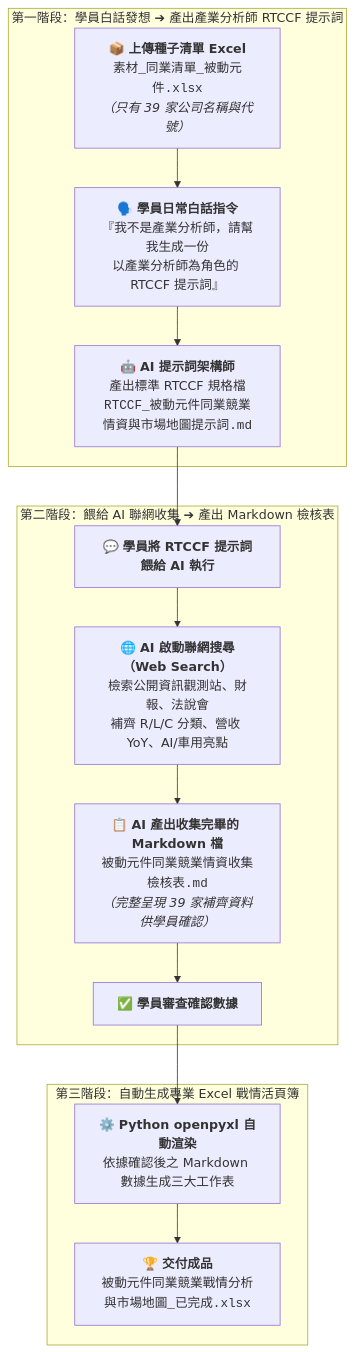
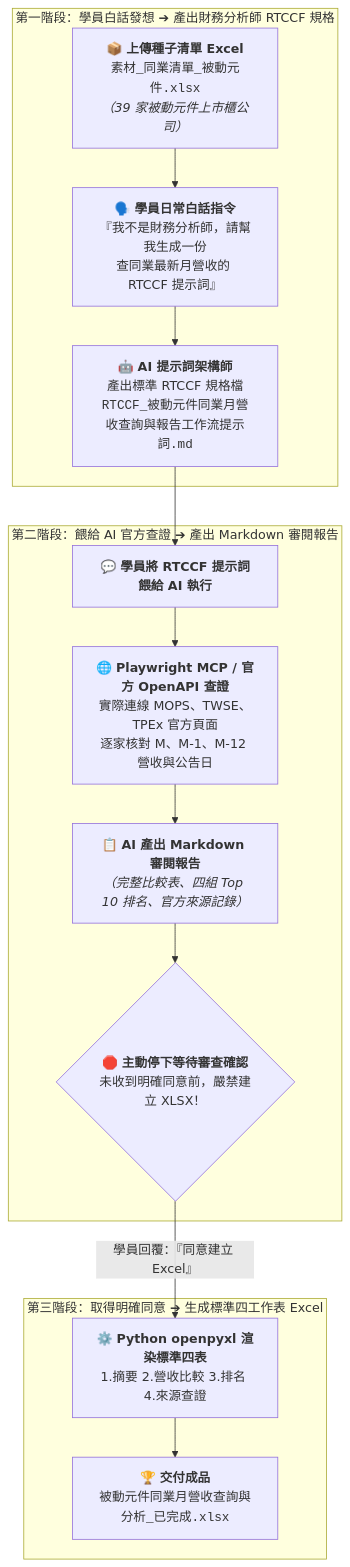
The diagram in 常見的AI應用/實戰範例/電子同業競業情資矩陣與市場地圖自動化/9-1_白話自然語言發想提示詞.md (roberthsu2003/workflow-productivity), drawn with Mermaid before and after one commit. The commit also changed other lines of this file and 9 other files, not shown here.

````diff
--- a/常見的AI應用/實戰範例/電子同業競業情資矩陣與市場地圖自動化/9-1_白話自然語言發想提示詞.md
+++ b/常見的AI應用/實戰範例/電子同業競業情資矩陣與市場地圖自動化/9-1_白話自然語言發想提示詞.md
@@ -13,19 +14,19 @@
 ```mermaid
 flowchart TD
-    subgraph Step1 ["第一階段：學員白話發想 ➔ 產出產業分析師 RTCCF 提示詞"]
-        UserFile["📦 <b>上傳種子清單 Excel</b><br/><code>素材_同業清單_被動元件.xlsx</code><br/><i>（只有 39 家公司名稱與代號）</i>"] --> UserChat["🗣️ <b>學員日常白話指令</b><br/>『我不是產業分析師，請幫我生成一份<br/>以產業分析師為角色的 RTCCF 提示詞』"]
-        UserChat --> AIGenRTCCF["🤖 <b>AI 提示詞架構師</b><br/>產出標準 RTCCF 規格檔<br/><code>RTCCF_被動元件同業競業情資與市場地圖提示詞.md</code>"]
+    subgraph Step1 ["第一階段：學員白話發想 ➔ 產出財務分析師 RTCCF 規格"]
+        UserFile["📦 <b>上傳種子清單 Excel</b><br/><code>素材_同業清單_被動元件.xlsx</code><br/><i>（39 家被動元件上市櫃公司）</i>"] --> UserChat["🗣️ <b>學員日常白話指令</b><br/>『我不是財務分析師，請幫我生成一份<br/>查同業最新月營收的 RTCCF 提示詞』"]
+        UserChat --> AIGenRTCCF["🤖 <b>AI 提示詞架構師</b><br/>產出標準 RTCCF 規格檔<br/><code>RTCCF_被動元件同業月營收查詢與報告工作流提示詞.md</code>"]
     end
 
-    subgraph Step2 ["第二階段：餵給 AI 聯網收集 ➔ 產出 Markdown 檢核表"]
+    subgraph Step2 ["第二階段：餵給 AI 官方查證 ➔ 產出 Markdown 審閱報告"]
         AIGenRTCCF --> FeedAI["💬 <b>學員將 RTCCF 提示詞餵給 AI 執行</b>"]
-        FeedAI --> WebSearch["🌐 <b>AI 啟動聯網搜尋（Web Search）</b><br/>檢索公開資訊觀測站、財報、法說會<br/>補齊 R/L/C 分類、營收 YoY、AI/車用亮點"]
-        WebSearch --> OutMD["📋 <b>AI 產出收集完畢的 Markdown 檔</b><br/><code>被動元件同業競業情資收集檢核表.md</code><br/><i>（完整呈現 39 家補齊資料供學員確認）</i>"]
-        OutMD --> UserConfirm["✅ <b>學員審查確認數據</b>"]
+        FeedAI --> MCPQuery["🌐 <b>Playwright MCP / 官方 OpenAPI 查證</b><br/>實際連線 MOPS、TWSE、TPEx 官方頁面<br/>逐家核對 M、M-1、M-12 營收與公告日"]
+        MCPQuery --> OutMD["📋 <b>AI 產出 Markdown 審閱報告</b><br/><i>（完整比較表、四組 Top 10 排名、官方來源記錄）</i>"]
+        OutMD --> PauseGate{"🛑 <b>主動停下等待審查確認</b><br/>未收到明確同意前，嚴禁建立 XLSX！"}
     end
 
-    subgraph Step3 ["第三階段：自動生成專業 Excel 戰情活頁簿"]
-        UserConfirm --> GenExcel["⚙️ <b>Python openpyxl 自動渲染</b><br/>依據確認後之 Markdown 數據生成三大工作表"]
-        GenExcel --> FinalXLSX["🏆 <b>交付成品</b><br/><code>被動元件同業競業戰情分析與市場地圖_已完成.xlsx</code>"]
+    subgraph Step3 ["第三階段：取得明確同意 ➔ 生成標準四工作表 Excel"]
+        PauseGate -- "學員回覆：『同意建立 Excel』" --> GenExcel["⚙️ <b>Python openpyxl 渲染標準四表</b><br/>1.摘要 2.營收比較 3.排名 4.來源查證"]
+        GenExcel --> FinalXLSX["🏆 <b>交付成品</b><br/><code>被動元件同業月營收查詢與分析_已完成.xlsx</code>"]
     end
 ```
````
